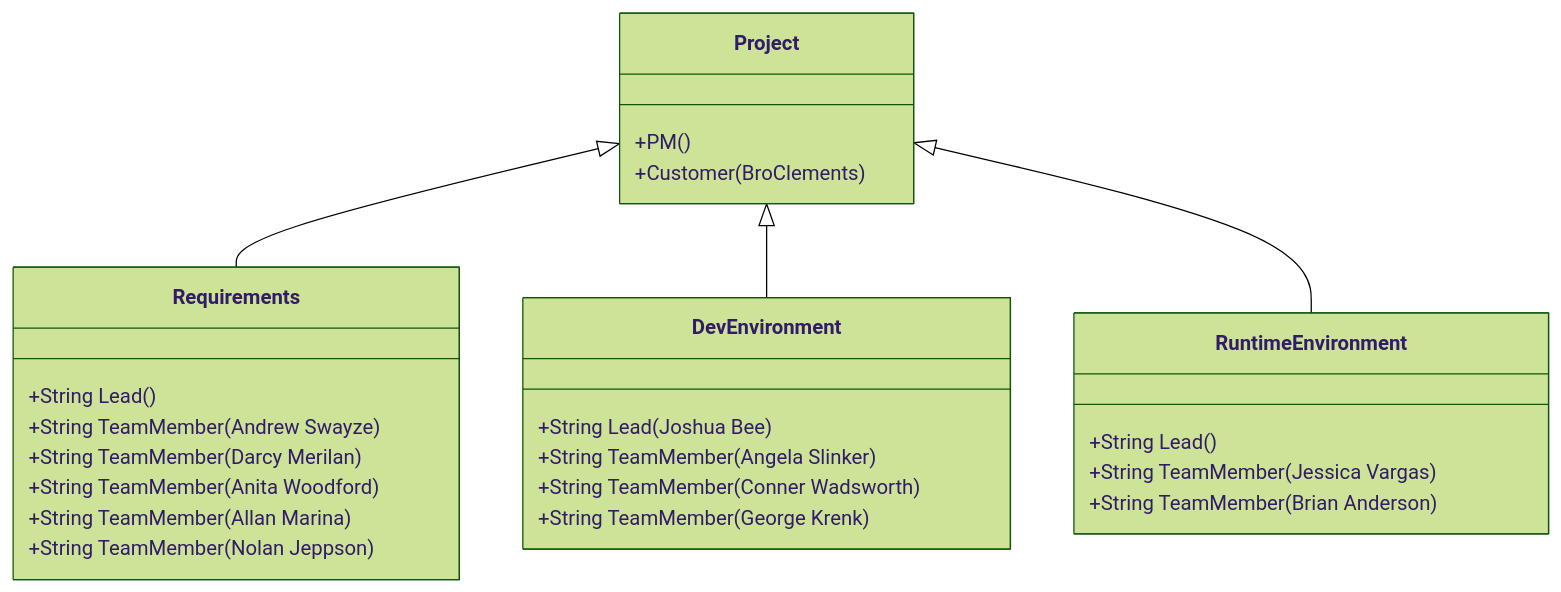
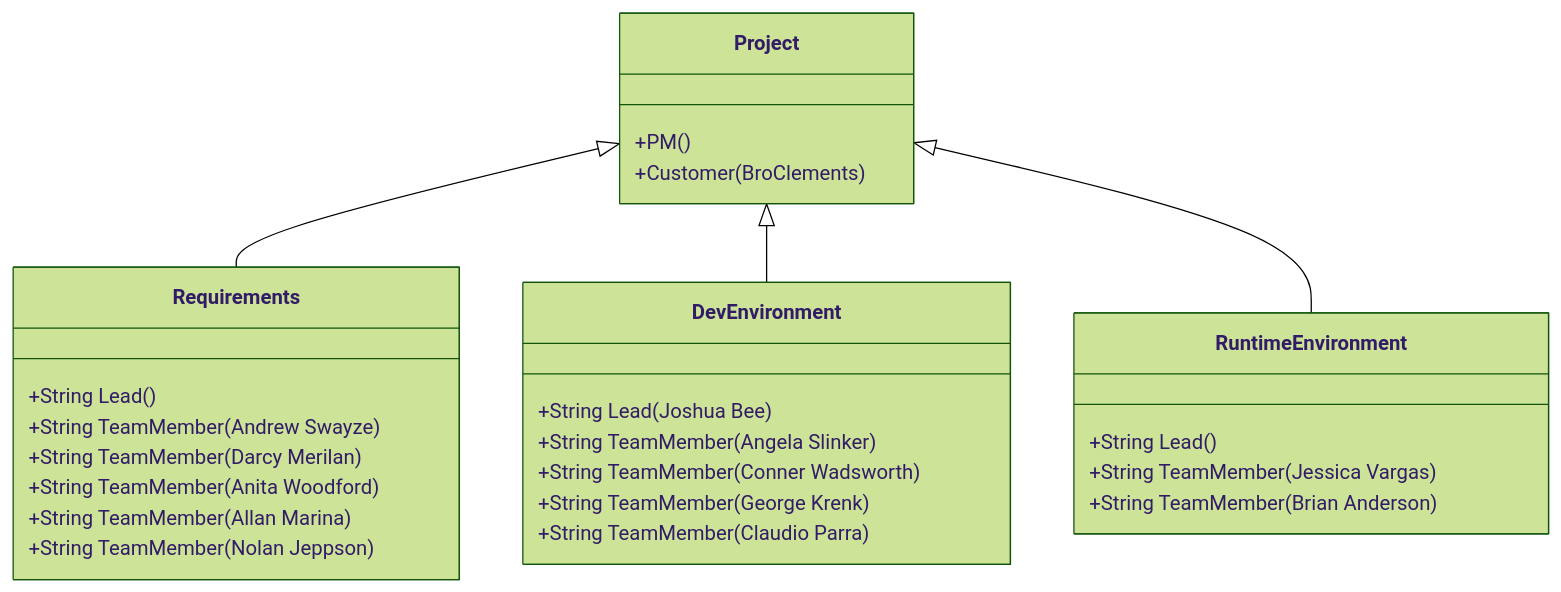
The first of 2 diagrams in ProjectManagement/OrganizationChart/OrganizationChart.md (byui-cse397/2024WinCSE490PCP), drawn with Mermaid (forest theme) before and after one commit. The commit also changed other lines of this file, not shown here.

Commit message:
Update OrganizationChart.md
adding myself to the Org Chart

````diff
--- a/ProjectManagement/OrganizationChart/OrganizationChart.md
+++ b/ProjectManagement/OrganizationChart/OrganizationChart.md
@@ -2,27 +2,28 @@
 ```mermaid
 classDiagram
       Project <|-- Requirements
       Project <|-- DevEnvironment
       Project <|-- RuntimeEnvironment
       Project : +PM()
       Project : +Customer(BroClements)
       class Requirements{
           +String Lead()
           +String TeamMember(Andrew Swayze)
           +String TeamMember(Darcy Merilan)
           +String TeamMember(Anita Woodford)
           +String TeamMember(Allan Marina)
           +String TeamMember(Nolan Jeppson)
       }
       class DevEnvironment{
           +String Lead(Joshua Bee)
           +String TeamMember(Angela Slinker)
           +String TeamMember(Conner Wadsworth)
           +String TeamMember(George Krenk)
+          +String TeamMember(Claudio Parra)
       }
       class RuntimeEnvironment{
           +String Lead()
           +String TeamMember(Jessica Vargas)
           +String TeamMember(Brian Anderson)
       }
 ```
````
